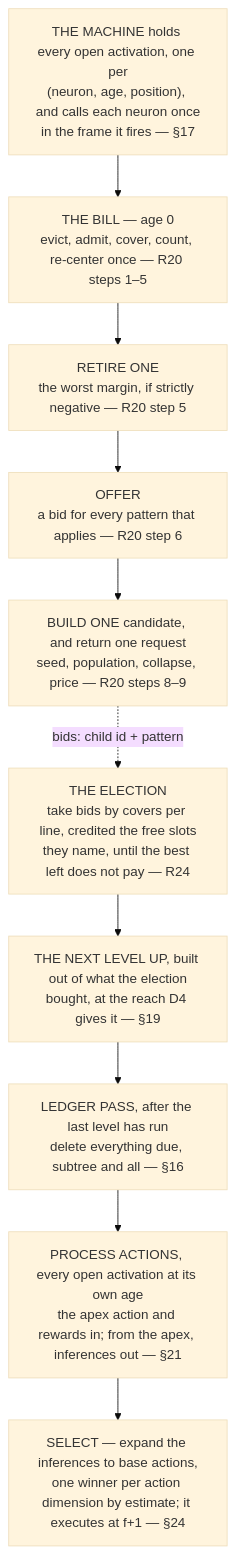
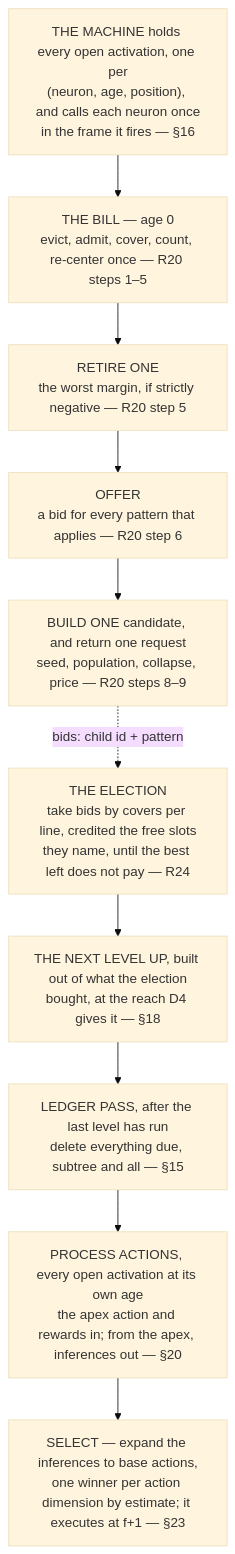
Before and after one commit to cucar/robot_brain: the diagram in docs/algorithm-remarks.md, drawn with Mermaid (base theme). The commit also changed other lines of this file and 4 other files, not shown here.

````diff
--- a/docs/algorithm-remarks.md
+++ b/docs/algorithm-remarks.md
@@ -920,13 +939,13 @@
 ```mermaid
 flowchart TD
-    A["THE MACHINE holds every open activation, one per<br/>(neuron, age, position), and calls each neuron once<br/>in the frame it fires — §17"]
+    A["THE MACHINE holds every open activation, one per<br/>(neuron, age, position), and calls each neuron once<br/>in the frame it fires — §16"]
     A --> B["THE BILL — age 0<br/>evict, admit, cover, count, re-center once — R20 steps 1–5"]
     B --> DEL["RETIRE ONE<br/>the worst margin, if strictly negative — R20 step 5"]
     DEL --> P["OFFER<br/>a bid for every pattern that applies — R20 step 6"]
     P --> M["BUILD ONE candidate, and return one request<br/>seed, population, collapse, price — R20 steps 8–9"]
     M -.->|"bids: child id + pattern"| X["THE ELECTION<br/>take bids by covers per line, credited the free slots<br/>they name, until the best left does not pay — R24"]
-    X --> O["THE NEXT LEVEL UP, built out of what the election<br/>bought, at the reach D4 gives it — §19"]
-    O --> Z["LEDGER PASS, after the last level has run<br/>delete everything due, subtree and all — §16"]
-    Z --> W["PROCESS ACTIONS, every open activation at its own age<br/>the apex action and rewards in; from the apex, inferences out — §21"]
-    W --> S["SELECT — expand the inferences to base actions,<br/>one winner per action dimension by estimate; it executes at f+1 — §24"]
+    X --> O["THE NEXT LEVEL UP, built out of what the election<br/>bought, at the reach D4 gives it — §18"]
+    O --> Z["LEDGER PASS, after the last level has run<br/>delete everything due, subtree and all — §15"]
+    Z --> W["PROCESS ACTIONS, every open activation at its own age<br/>the apex action and rewards in; from the apex, inferences out — §20"]
+    W --> S["SELECT — expand the inferences to base actions,<br/>one winner per action dimension by estimate; it executes at f+1 — §23"]
 ```
````
